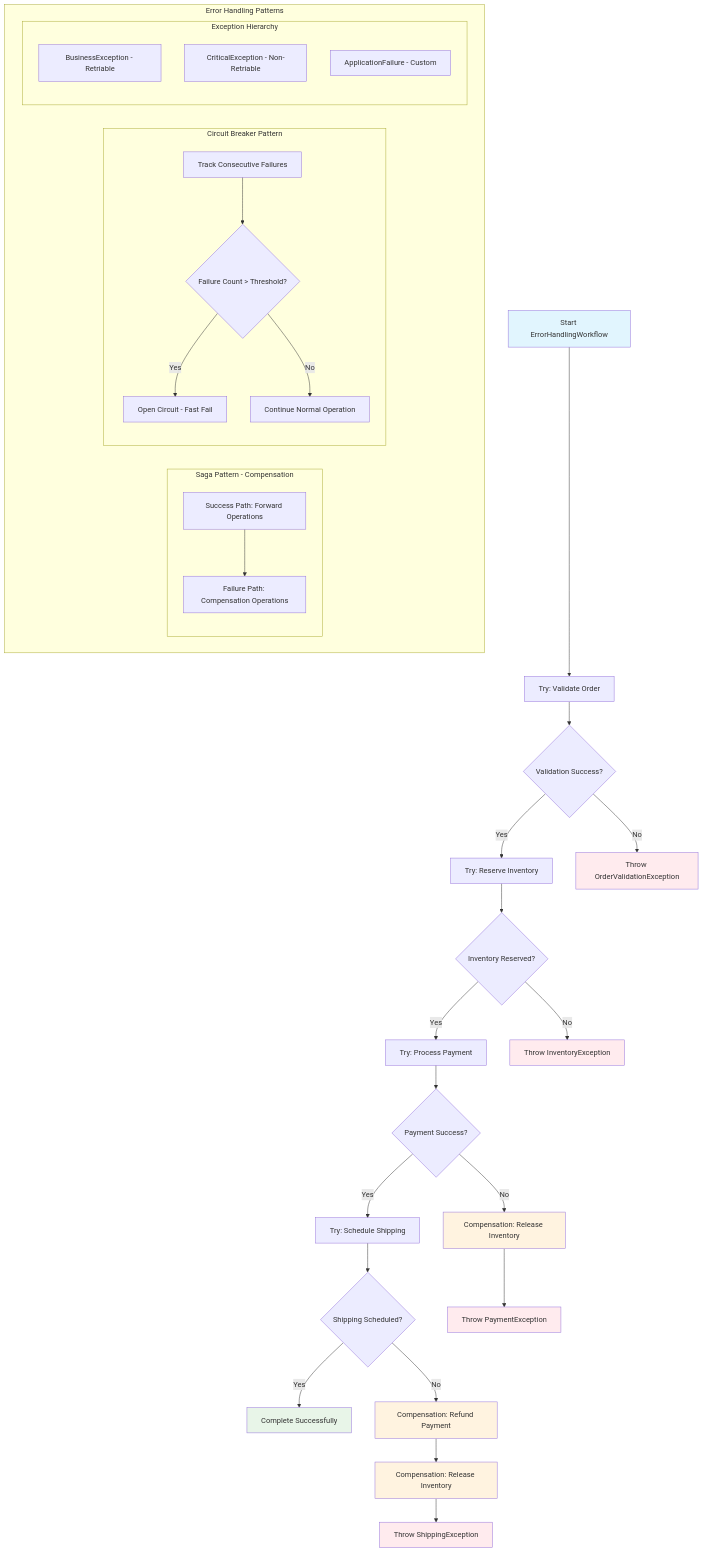
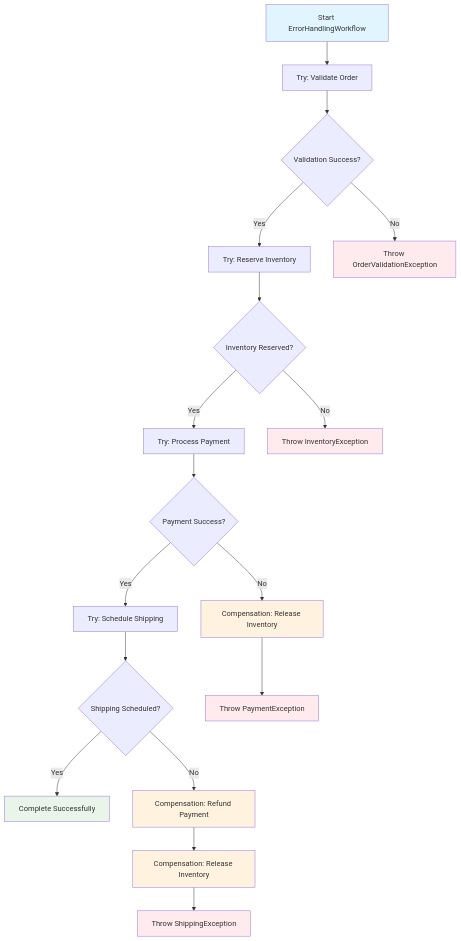
Before and after one commit to vorrawut/temporal-starter: the first of 2 diagrams in class/modules/lesson_9/diagram.md, drawn with Mermaid. The commit also changed other lines of this file and 43 other files, not shown here.

````diff
--- a/class/modules/lesson_9/diagram.md
+++ b/class/modules/lesson_9/diagram.md
@@ -5,55 +19,33 @@
 ```mermaid
 flowchart TD
     A[Start ErrorHandlingWorkflow] --> B[Try: Validate Order]
     B --> C{Validation Success?}
     C -- Yes --> D[Try: Reserve Inventory]
     C -- No --> E[Throw OrderValidationException]
     
     D --> F{Inventory Reserved?}
     F -- Yes --> G[Try: Process Payment]
     F -- No --> H[Throw InventoryException]
     
     G --> I{Payment Success?}
     I -- Yes --> J[Try: Schedule Shipping]
     I -- No --> K[Compensation: Release Inventory]
     
     J --> L{Shipping Scheduled?}
     L -- Yes --> M[Complete Successfully]
     L -- No --> N[Compensation: Refund Payment]
     
     K --> O[Throw PaymentException]
     N --> P[Compensation: Release Inventory]
     P --> Q[Throw ShippingException]
     
-    subgraph "Error Handling Patterns"
-        subgraph "Saga Pattern - Compensation"
-            R[Success Path: Forward Operations]
-            S[Failure Path: Compensation Operations]
-            R --> S
-        end
-        
-        subgraph "Circuit Breaker Pattern"
-            T[Track Consecutive Failures]
-            U{Failure Count > Threshold?}
-            U -- Yes --> V[Open Circuit - Fast Fail]
-            U -- No --> W[Continue Normal Operation]
-            T --> U
-        end
-        
-        subgraph "Exception Hierarchy"
-            X[BusinessException - Retriable]
-            Y[CriticalException - Non-Retriable]
-            Z[ApplicationFailure - Custom]
-        end
-    end
-    
     style A fill:#e1f5fe
     style M fill:#e8f5e8
     style E fill:#ffebee
     style H fill:#ffebee
     style O fill:#ffebee
     style Q fill:#ffebee
     style K fill:#fff3e0
     style N fill:#fff3e0
     style P fill:#fff3e0
 ```
````
